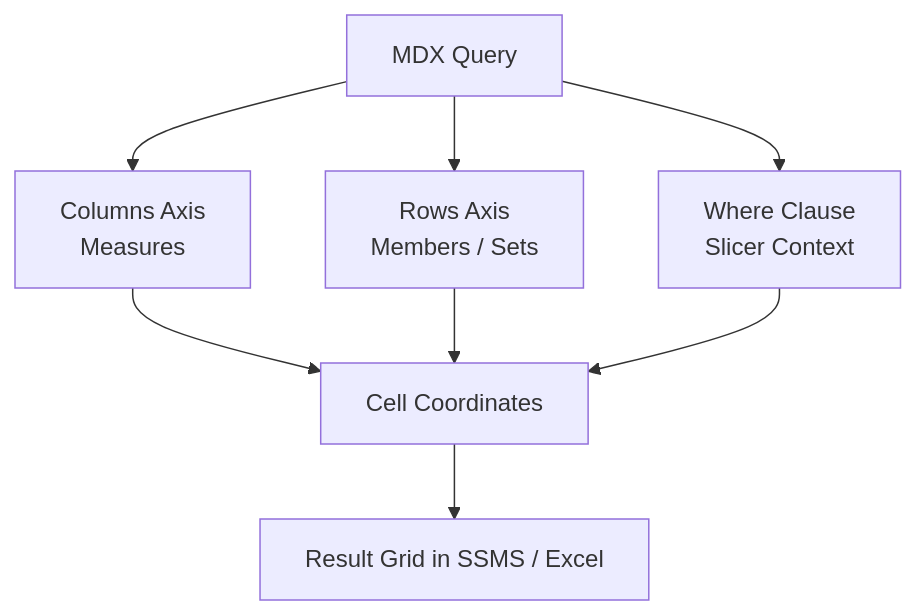
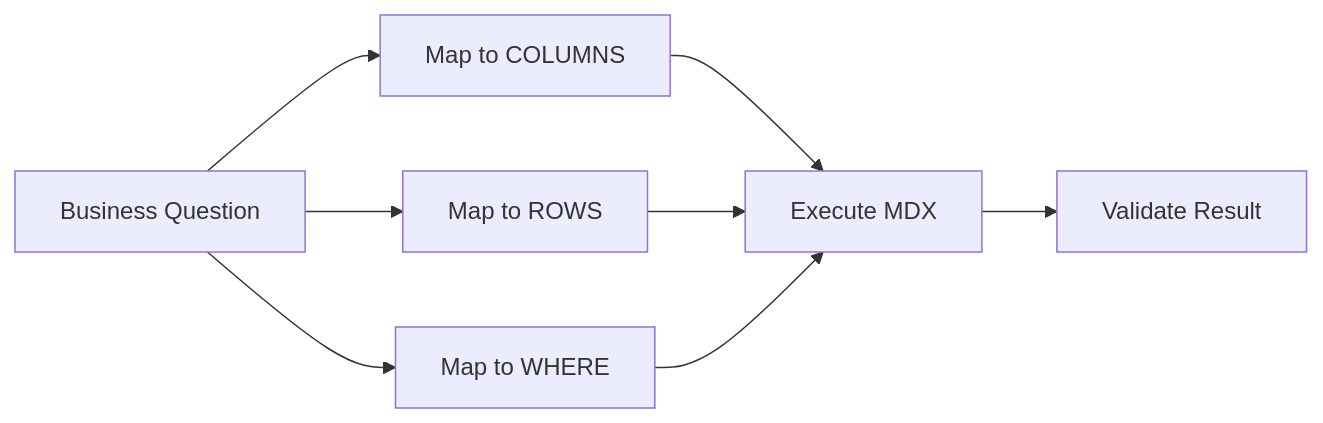
One commit to kumbulanit/SSAS-Fundamentals-SQL-Server-Analysis-Services changed the fifth of 5 diagrams in Day-02/mdx-query-fundamentals/mdx-query-fundamentals-theory.md. Above: the diagram before and after it, drawn with Mermaid. The commit also changed other lines of this file and 23 other files, not shown here.

````diff
--- a/Day-02/mdx-query-fundamentals/mdx-query-fundamentals-theory.md
+++ b/Day-02/mdx-query-fundamentals/mdx-query-fundamentals-theory.md
@@ -403,10 +371,10 @@
 ```mermaid
-flowchart TB
-	Q[MDX Query] --> C[Columns Axis\nMeasures]
-	Q --> R[Rows Axis\nMembers / Sets]
-	Q --> W[Where Clause\nSlicer Context]
-	C --> E[Cell Coordinates]
-	R --> E
-	W --> E
-	E --> O[Result Grid in SSMS / Excel]
+flowchart LR
+    A[Business Question] --> B[Map to COLUMNS]
+    A --> C[Map to ROWS]
+    A --> D[Map to WHERE]
+    B --> E[Execute MDX]
+    C --> E
+    D --> E
+    E --> F[Validate Result]
 ```
````
